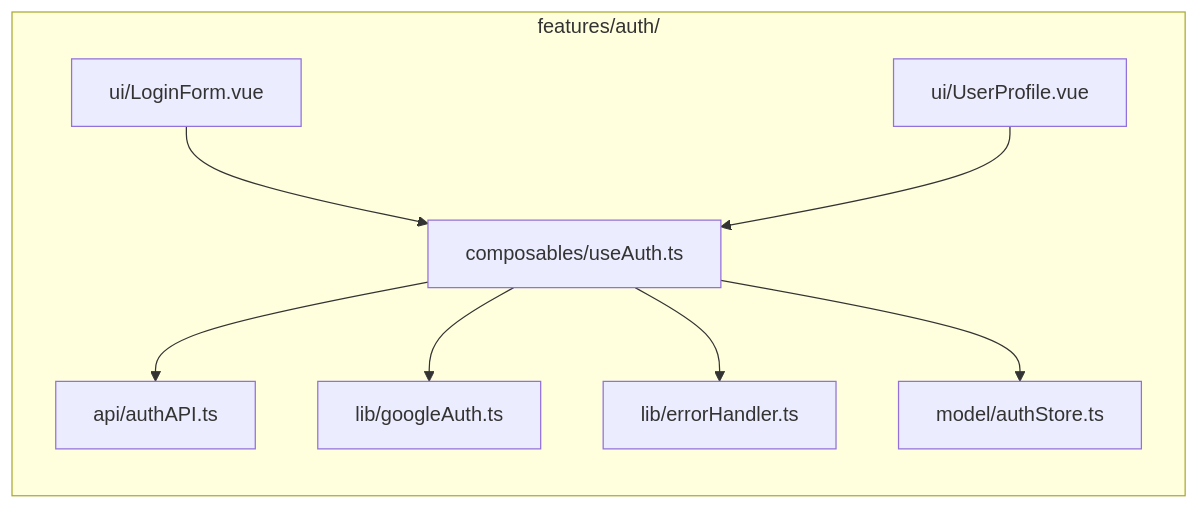
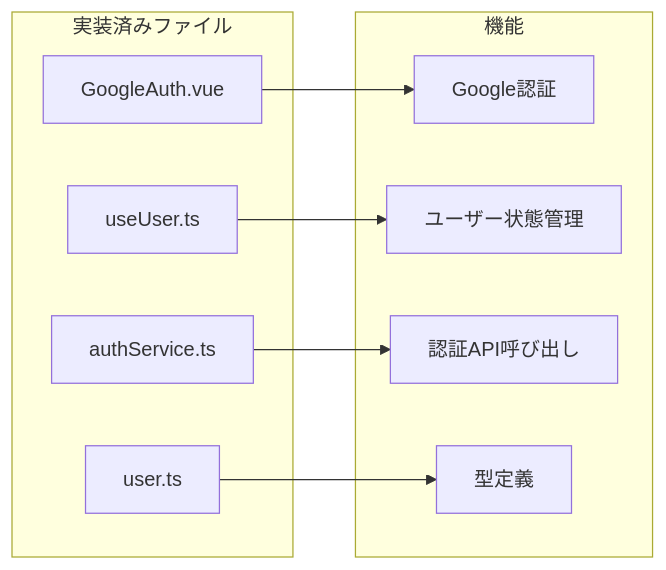
The ninth of 27 diagrams in docs/auth-system-design.md (myantyuWorld/stackies-with-cc), drawn with Mermaid before and after one commit. The commit also changed other lines of this file and 13 other files, not shown here.

````diff
--- a/docs/auth-system-design.md
+++ b/docs/auth-system-design.md
@@ -233,19 +199,21 @@
 ```mermaid
 graph LR
-    subgraph "features/auth/"
-        A[api/authAPI.ts]
-        B[composables/useAuth.ts]
-        C[lib/googleAuth.ts]
-        D[lib/errorHandler.ts]
-        E[model/authStore.ts]
-        F[ui/LoginForm.vue]
-        G[ui/UserProfile.vue]
+    subgraph "実装済みファイル"
+        A[GoogleAuth.vue]
+        B[useUser.ts]
+        C[authService.ts]
+        D[user.ts]
     end
     
-    B --> A
-    B --> C
-    B --> D
-    B --> E
-    F --> B
-    G --> B
+    subgraph "機能"
+        E[Google認証]
+        F[ユーザー状態管理]
+        G[認証API呼び出し]
+        H[型定義]
+    end
+    
+    A --> E
+    B --> F
+    C --> G
+    D --> H
 ```
````
